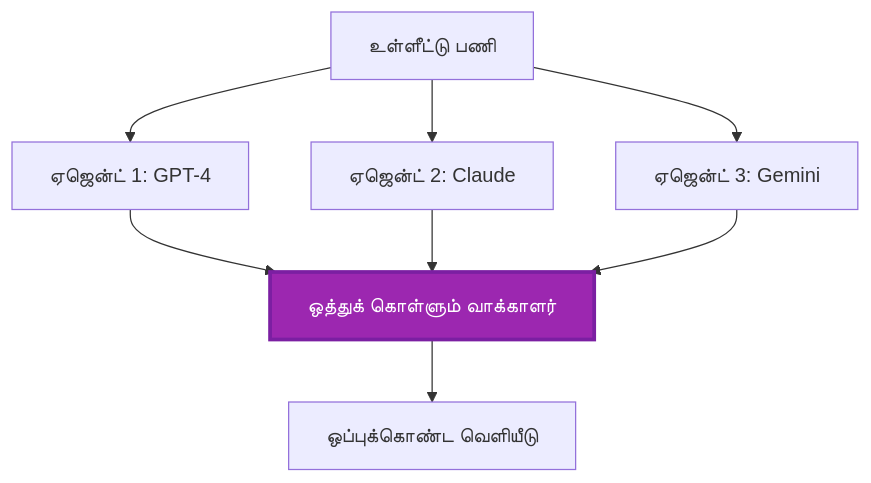
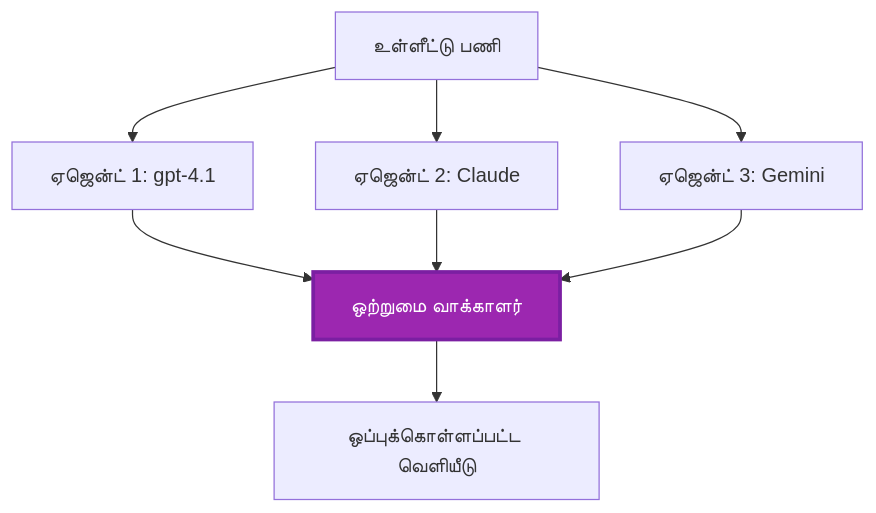
One commit to microsoft/AZD-for-beginners changed the fourth of 5 diagrams in translations/ta/docs/chapter-06-pre-deployment/coordination-patterns.md. Above: the diagram before and after it, drawn with Mermaid. The commit also changed other lines of this file and 101 other files, not shown here.

````diff
--- a/translations/ta/docs/chapter-06-pre-deployment/coordination-patterns.md
+++ b/translations/ta/docs/chapter-06-pre-deployment/coordination-patterns.md
@@ -232,19 +225,19 @@
 ```mermaid
 graph TB
     Input[உள்ளீட்டு பணி]
-    Agent1[ஏஜென்ட் 1: GPT-4]
+    Agent1[ஏஜென்ட் 1: gpt-4.1]
     Agent2[ஏஜென்ட் 2: Claude]
     Agent3[ஏஜென்ட் 3: Gemini]
-    Voter[ஒத்துக் கொள்ளும் வாக்காளர்]
-    Output[ஒப்புக்கொண்ட வெளியீடு]
+    Voter[ஒற்றுமை வாக்காளர்]
+    Output[ஒப்புக்கொள்ளப்பட்ட வெளியீடு]
     
     Input --> Agent1
     Input --> Agent2
     Input --> Agent3
     Agent1 --> Voter
     Agent2 --> Voter
     Agent3 --> Voter
     Voter --> Output
     
     style Voter fill:#9C27B0,stroke:#7B1FA2,stroke-width:3px,color:#fff
 ```
````
